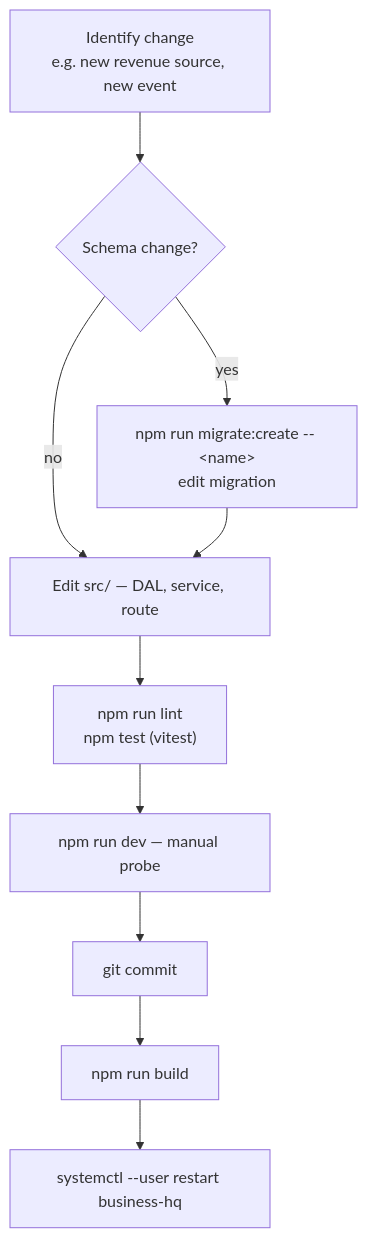
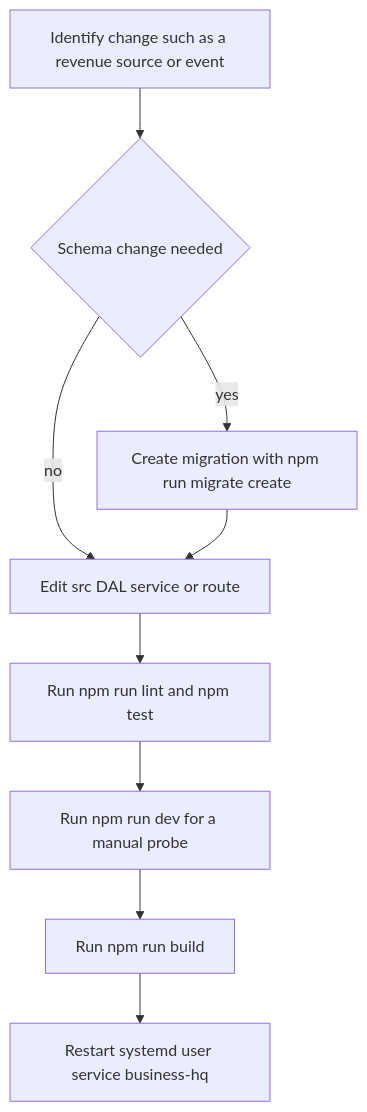
The diagram in content/repos/Jeffrey-Keyser-business-hq/Iteration-Loop.md (Jeffrey-Keyser/project-wiki), drawn with Mermaid before and after one commit. The commit also changed other lines of this file and 150 other files, not shown here.

````diff
--- a/content/repos/Jeffrey-Keyser-business-hq/Iteration-Loop.md
+++ b/content/repos/Jeffrey-Keyser-business-hq/Iteration-Loop.md
@@ -10,12 +12,19 @@
 ```mermaid
 flowchart TD
-  A[Identify change<br/>e.g. new revenue source, new event] --> B{Schema change?}
-  B -- yes --> C["npm run migrate:create -- &lt;name&gt;<br/>edit migration"]
-  B -- no --> D[Edit src/ — DAL, service, route]
+  A["Identify change such as a revenue source or event"]
+  B{"Schema change needed"}
+  C["Create migration with npm run migrate create"]
+  D["Edit src DAL service or route"]
+  E["Run npm run lint and npm test"]
+  F["Run npm run dev for a manual probe"]
+  G["Run npm run build"]
+  H["Restart systemd user service business-hq"]
+  A --> B
+  B -- yes --> C
+  B -- no --> D
   C --> D
-  D --> E["npm run lint<br/>npm test (vitest)"]
-  E --> F[npm run dev — manual probe]
-  F --> G[git commit]
-  G --> H[npm run build]
-  H --> I["systemctl --user restart business-hq"]
+  D --> E
+  E --> F
+  F --> G
+  G --> H
 ```
````
